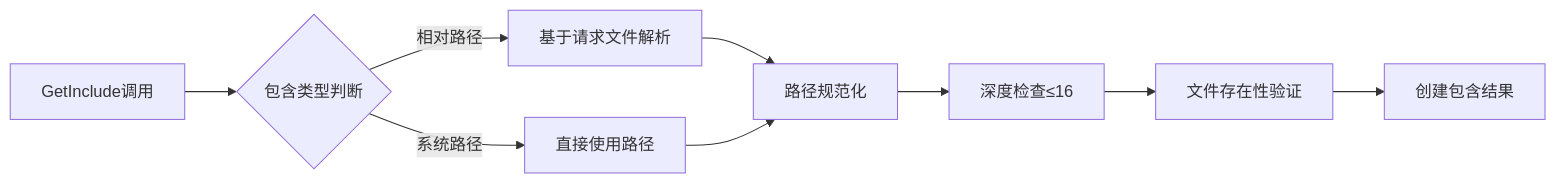
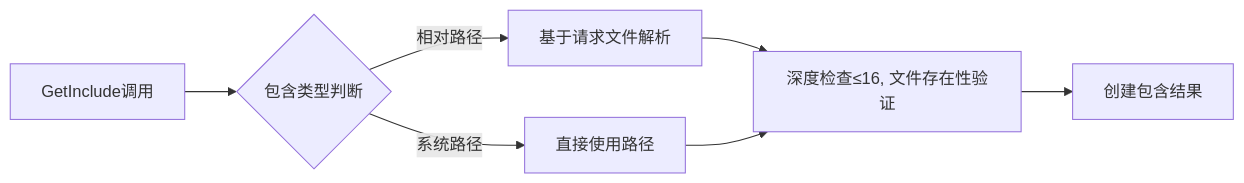
Diagram 17 of 32 in Design.md (mite085/MiteEngine), drawn with Mermaid before and after one commit. The commit also changed other lines of this file, not shown here.

`````diff
--- a/Design.md
+++ b/Design.md
@@ -888,13 +892,11 @@
 ```mermaid
 flowchart LR
     A[GetInclude调用] --> B{包含类型判断}
     B -->|相对路径| C[基于请求文件解析]
     B -->|系统路径| D[直接使用路径]
     
-    C --> E[路径规范化]
+    C --> E[深度检查≤16, 文件存在性验证]
     D --> E
-    
-    E --> F[深度检查≤16]
-    F --> G[文件存在性验证]
-    G --> H[创建包含结果]
+
+    E --> H[创建包含结果]
 ````
`````
